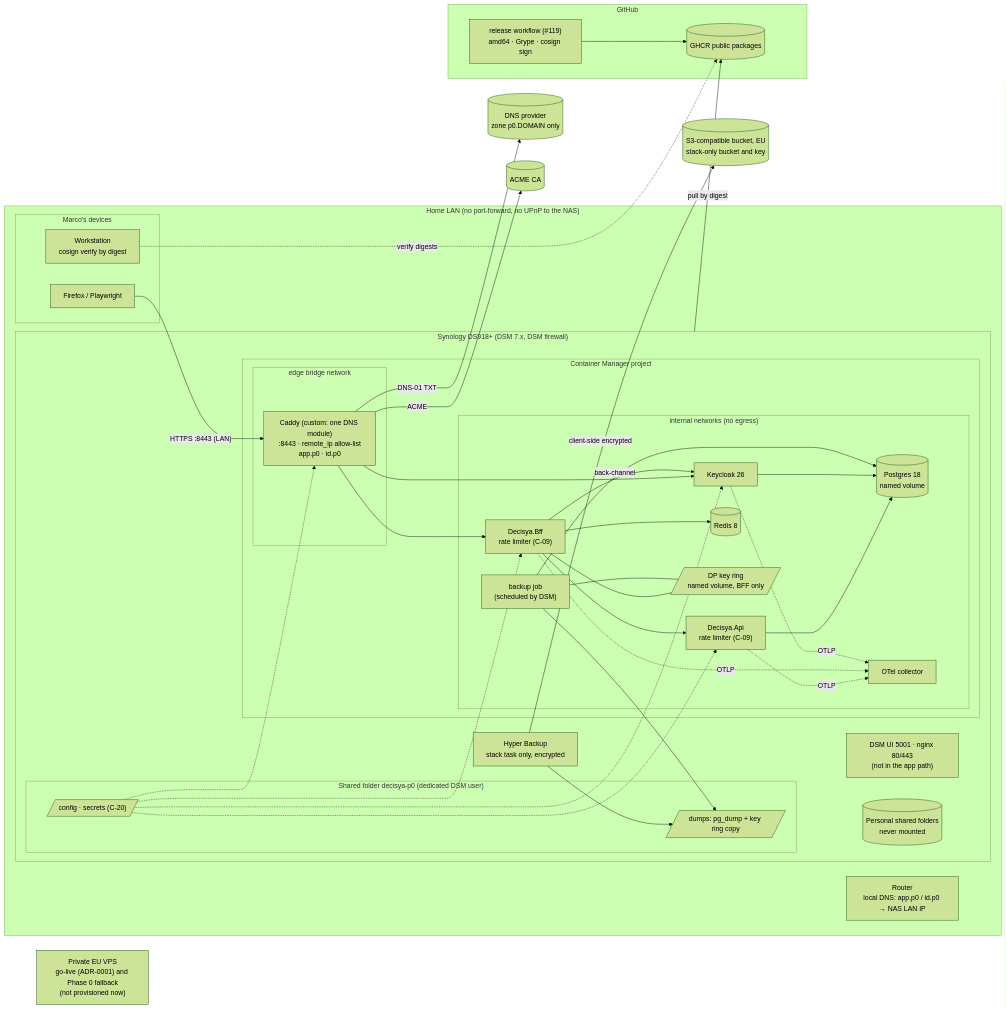
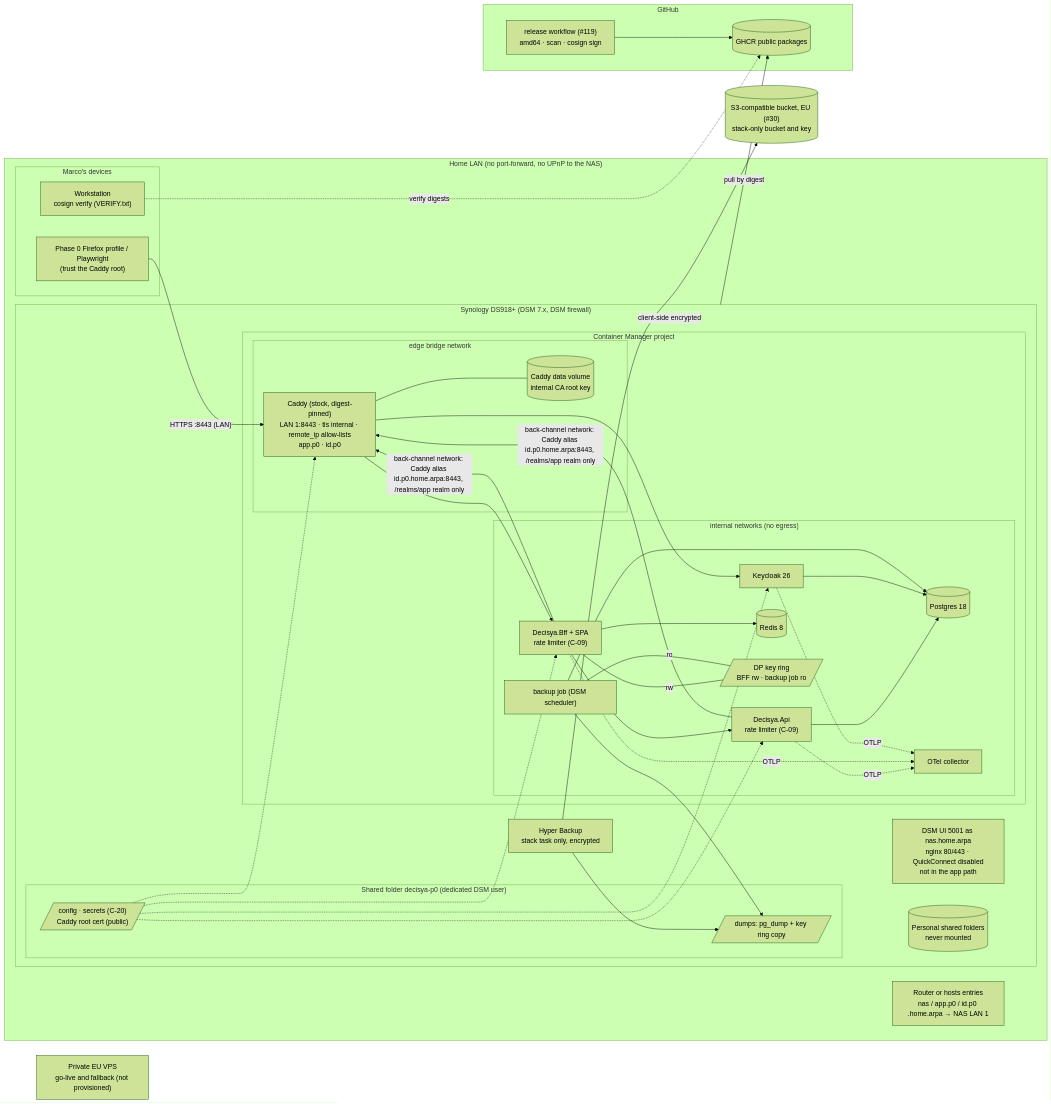
Before and after one commit to mpcs2013/decisya: the diagram in docs/architecture/phase-0-hosting.md, drawn with Mermaid (forest theme). The commit also changed other lines of this file and 10 other files, not shown here.

First line of the commit message:
docs(adr): accept ADR-0016 phase 0 hosting on the home NAS (#124)

````diff
--- a/docs/architecture/phase-0-hosting.md
+++ b/docs/architecture/phase-0-hosting.md
@@ -15,63 +15,61 @@
 ```mermaid
 flowchart LR
   subgraph home["Home LAN (no port-forward, no UPnP to the NAS)"]
-    RT["Router<br/>local DNS: app.p0 / id.p0 → NAS LAN IP"]
+    RT["Router or hosts entries<br/>nas / app.p0 / id.p0 .home.arpa → NAS LAN 1"]
     subgraph marco["Marco's devices"]
-      FF["Firefox / Playwright"]
-      WS["Workstation<br/>cosign verify by digest"]
+      FF["Phase 0 Firefox profile / Playwright<br/>(trust the Caddy root)"]
+      WS["Workstation<br/>cosign verify (VERIFY.txt)"]
     end
     subgraph nas["Synology DS918+ (DSM 7.x, DSM firewall)"]
-      DSM["DSM UI 5001 · nginx 80/443<br/>(not in the app path)"]
+      DSM["DSM UI 5001 as nas.home.arpa<br/>nginx 80/443 · QuickConnect disabled<br/>not in the app path"]
       HB["Hyper Backup<br/>stack task only, encrypted"]
       PERS[("Personal shared folders<br/>never mounted")]
       subgraph share["Shared folder decisya-p0 (dedicated DSM user)"]
-        CFG[/"config · secrets (C-20)"/]
+        CFG[/"config · secrets (C-20)<br/>Caddy root cert (public)"/]
         DUMPS[/"dumps: pg_dump + key ring copy"/]
       end
       subgraph cm["Container Manager project"]
         subgraph edge["edge bridge network"]
-          CADDY["Caddy (custom: one DNS module)<br/>:8443 · remote_ip allow-list<br/>app.p0 · id.p0"]
+          CADDY["Caddy (stock, digest-pinned)<br/>LAN 1:8443 · tls internal · remote_ip allow-lists<br/>app.p0 · id.p0"]
+          CDATA[("Caddy data volume<br/>internal CA root key")]
         end
         subgraph internal["internal networks (no egress)"]
-          BFF["Decisya.Bff<br/>rate limiter (C-09)"]
+          BFF["Decisya.Bff + SPA<br/>rate limiter (C-09)"]
           API["Decisya.Api<br/>rate limiter (C-09)"]
           KC["Keycloak 26"]
-          PG[("Postgres 18<br/>named volume")]
+          PG[("Postgres 18")]
           RD[("Redis 8")]
           OTEL["OTel collector"]
-          KR[/"DP key ring<br/>named volume, BFF only"/]
-          BJ["backup job<br/>(scheduled by DSM)"]
+          KR[/"DP key ring<br/>BFF rw · backup job ro"/]
+          BJ["backup job (DSM scheduler)"]
         end
       end
     end
   end
   subgraph gh["GitHub"]
-    CI["release workflow (#119)<br/>amd64 · Grype · cosign sign"]
+    CI["release workflow (#119)<br/>amd64 · scan · cosign sign"]
     GHCR[("GHCR public packages")]
   end
-  DNS[("DNS provider<br/>zone p0.DOMAIN only")]
-  ACME[("ACME CA")]
-  S3[("S3-compatible bucket, EU<br/>stack-only bucket and key")]
-  VPS["Private EU VPS<br/>go-live (ADR-0001) and Phase 0 fallback<br/>(not provisioned now)"]
+  S3[("S3-compatible bucket, EU (#30)<br/>stack-only bucket and key")]
+  VPS["Private EU VPS<br/>go-live and fallback (not provisioned)"]
 
   CI --> GHCR
   WS -. "verify digests" .-> GHCR
   FF -- "HTTPS :8443 (LAN)" --> CADDY
+  CADDY --- CDATA
   CADDY --> BFF --> API
   CADDY --> KC
-  BFF -- "back-channel" --> KC
+  BFF & API -- "back-channel network: Caddy alias id.p0.home.arpa:8443, /realms/app realm only" --> CADDY
   BFF --> RD
   API --> PG
   KC --> PG
-  BFF --- KR
+  BFF -- "rw" --- KR
   API & BFF & KC -. OTLP .-> OTEL
-  CADDY -- "DNS-01 TXT" --> DNS
-  CADDY -- "ACME" --> ACME
   nas -- "pull by digest" --> GHCR
   BJ --> PG
-  BJ --- KR
+  BJ -- "ro" --- KR
   BJ --> DUMPS
   HB --> DUMPS
   HB -- "client-side encrypted" --> S3
   CFG -.-> CADDY & BFF & API & KC
 ```
````
